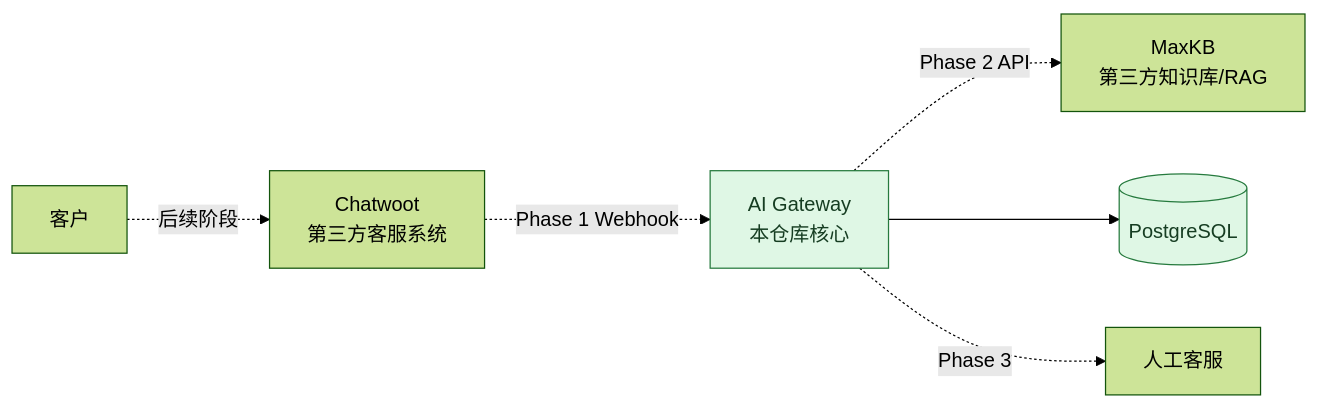
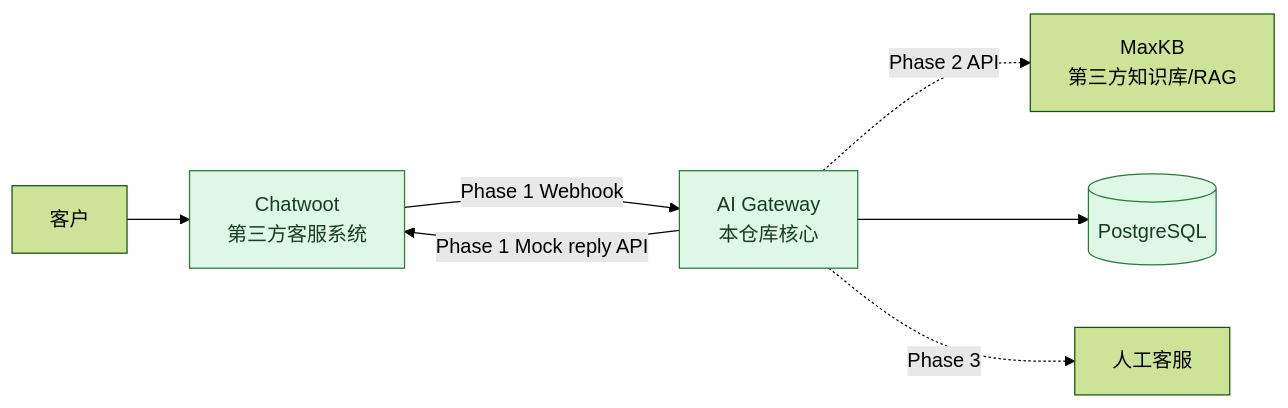
One commit to z205368079-code/enamel-ai-platform changed the diagram in docs/architecture.md. Above: the diagram before and after it, drawn with Mermaid (forest theme). The commit also changed other lines of this file and 22 other files, not shown here.

Commit message:
feat: add chatwoot webhook integration

````diff
--- a/docs/architecture.md
+++ b/docs/architecture.md
@@ -11,11 +11,12 @@
 ```mermaid
 flowchart LR
-    Customer[客户] -. 后续阶段 .-> Chatwoot[Chatwoot<br/>第三方客服系统]
-    Chatwoot -. Phase 1 Webhook .-> Gateway[AI Gateway<br/>本仓库核心]
+    Customer[客户] --> Chatwoot[Chatwoot<br/>第三方客服系统]
+    Chatwoot -->|Phase 1 Webhook| Gateway[AI Gateway<br/>本仓库核心]
+    Gateway -->|Phase 1 Mock reply API| Chatwoot
     Gateway -. Phase 2 API .-> MaxKB[MaxKB<br/>第三方知识库/RAG]
     Gateway --> PostgreSQL[(PostgreSQL)]
     Gateway -. Phase 3 .-> Human[人工客服]
 
     classDef current fill:#dff7e5,stroke:#267a3e,color:#163d22;
-    class Gateway,PostgreSQL current;
+    class Chatwoot,Gateway,PostgreSQL current;
 ```
````
